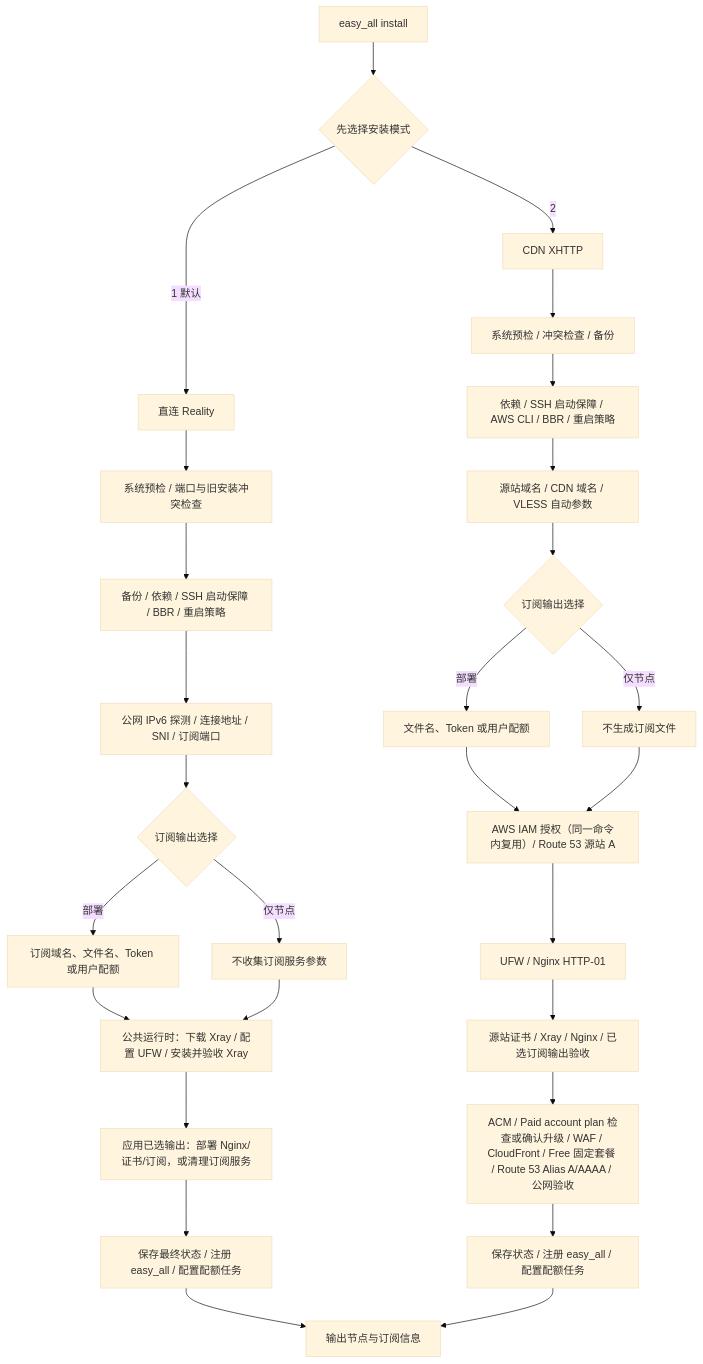
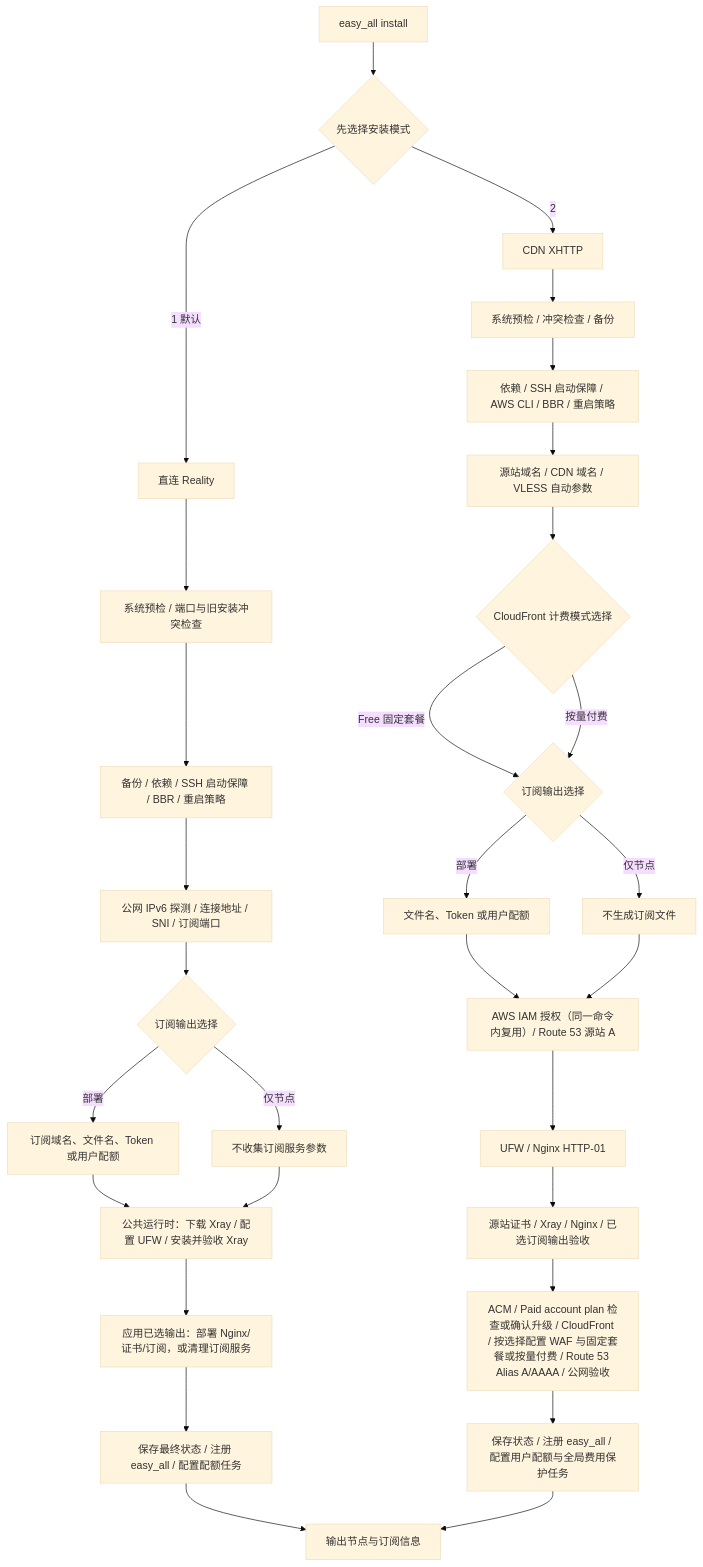
The diagram in README.md (v2yiz/easy_all), drawn with Mermaid (base theme) before and after one commit. The commit also changed other lines of this file and 15 other files, not shown here.

````diff
--- a/README.md
+++ b/README.md
@@ -64,32 +64,34 @@
 ```mermaid
 flowchart TD
     A[easy_all install] --> B{先选择安装模式}
 
     B -->|1 默认| R0[直连 Reality]
     R0 --> R1[系统预检 / 端口与旧安装冲突检查]
     R1 --> R2[备份 / 依赖 / SSH 启动保障 / BBR / 重启策略]
     R2 --> R3[公网 IPv6 探测 / 连接地址 / SNI / 订阅端口]
     R3 --> R4{订阅输出选择}
     R4 -->|部署| R5[订阅域名、文件名、Token 或用户配额]
     R4 -->|仅节点| R6[不收集订阅服务参数]
     R5 --> R7[公共运行时：下载 Xray / 配置 UFW / 安装并验收 Xray]
     R6 --> R7
     R7 --> R8[应用已选输出：部署 Nginx/证书/订阅，或清理订阅服务]
     R8 --> R9[保存最终状态 / 注册 easy_all / 配置配额任务]
     R9 --> Z[输出节点与订阅信息]
 
     B -->|2| X0[CDN XHTTP]
     X0 --> X1[系统预检 / 冲突检查 / 备份]
     X1 --> X2[依赖 / SSH 启动保障 / AWS CLI / BBR / 重启策略]
     X2 --> X3[源站域名 / CDN 域名 / VLESS 自动参数]
-    X3 --> X4{订阅输出选择}
+    X3 --> X3A{CloudFront 计费模式选择}
+    X3A -->|Free 固定套餐| X4{订阅输出选择}
+    X3A -->|按量付费| X4
     X4 -->|部署| X5[文件名、Token 或用户配额]
     X4 -->|仅节点| X6[不生成订阅文件]
     X5 --> X7[AWS IAM 授权（同一命令内复用）/ Route 53 源站 A]
     X6 --> X7
     X7 --> X8[UFW / Nginx HTTP-01]
     X8 --> X9[源站证书 / Xray / Nginx / 已选订阅输出验收]
-    X9 --> X10[ACM / Paid account plan 检查或确认升级 / WAF / CloudFront / Free 固定套餐 / Route 53 Alias A/AAAA / 公网验收]
-    X10 --> X11[保存状态 / 注册 easy_all / 配置配额任务]
+    X9 --> X10[ACM / Paid account plan 检查或确认升级 / CloudFront / 按选择配置 WAF 与固定套餐或按量付费 / Route 53 Alias A/AAAA / 公网验收]
+    X10 --> X11[保存状态 / 注册 easy_all / 配置用户配额与全局费用保护任务]
     X11 --> Z
 ```
````
